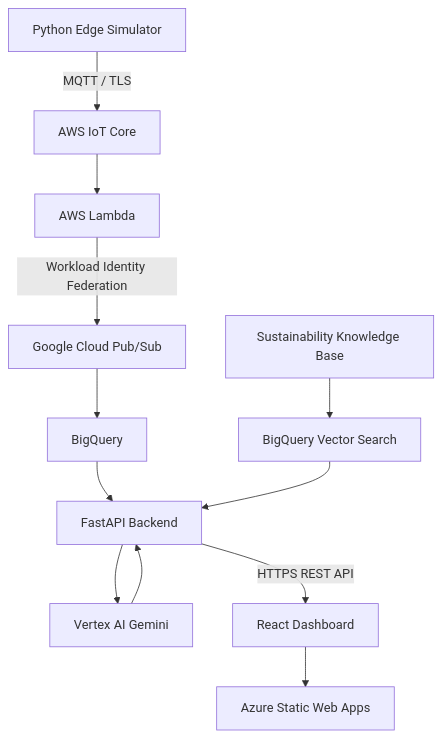
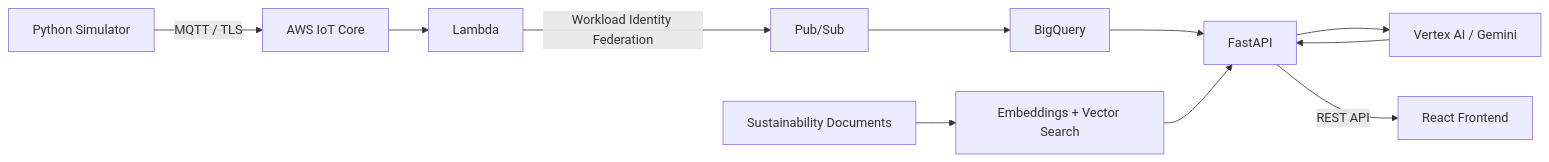
Before and after one commit to dakshsawhneyy/GreenEdge-AI: the diagram in README.md, drawn with Mermaid. The commit also changed other lines of this file, not shown here.

````diff
--- a/README.md
+++ b/README.md
@@ -20,16 +32,14 @@
 ```mermaid
-flowchart TD
-    A["Python Edge Simulator"] -->|"MQTT / TLS"| B["AWS IoT Core"]
-    B --> C["AWS Lambda"]
-    C -->|"Workload Identity Federation"| D["Google Cloud Pub/Sub"]
+flowchart LR
+    A["Python Simulator"] -->|"MQTT / TLS"| B["AWS IoT Core"]
+    B --> C["Lambda"]
+    C -->|"Workload Identity Federation"| D["Pub/Sub"]
     D --> E["BigQuery"]
 
-    E --> F["FastAPI Backend"]
-    G["Sustainability Knowledge Base"] --> H["BigQuery Vector Search"]
+    E --> F["FastAPI"]
+    G["Sustainability Documents"] --> H["Embeddings + Vector Search"]
     H --> F
-    F --> I["Vertex AI Gemini"]
-
+    F --> I["Vertex AI / Gemini"]
     I --> F
-    F -->|"HTTPS REST API"| J["React Dashboard"]
-    J --> K["Azure Static Web Apps"]
+    F -->|"REST API"| J["React Frontend"]
 ```
````
